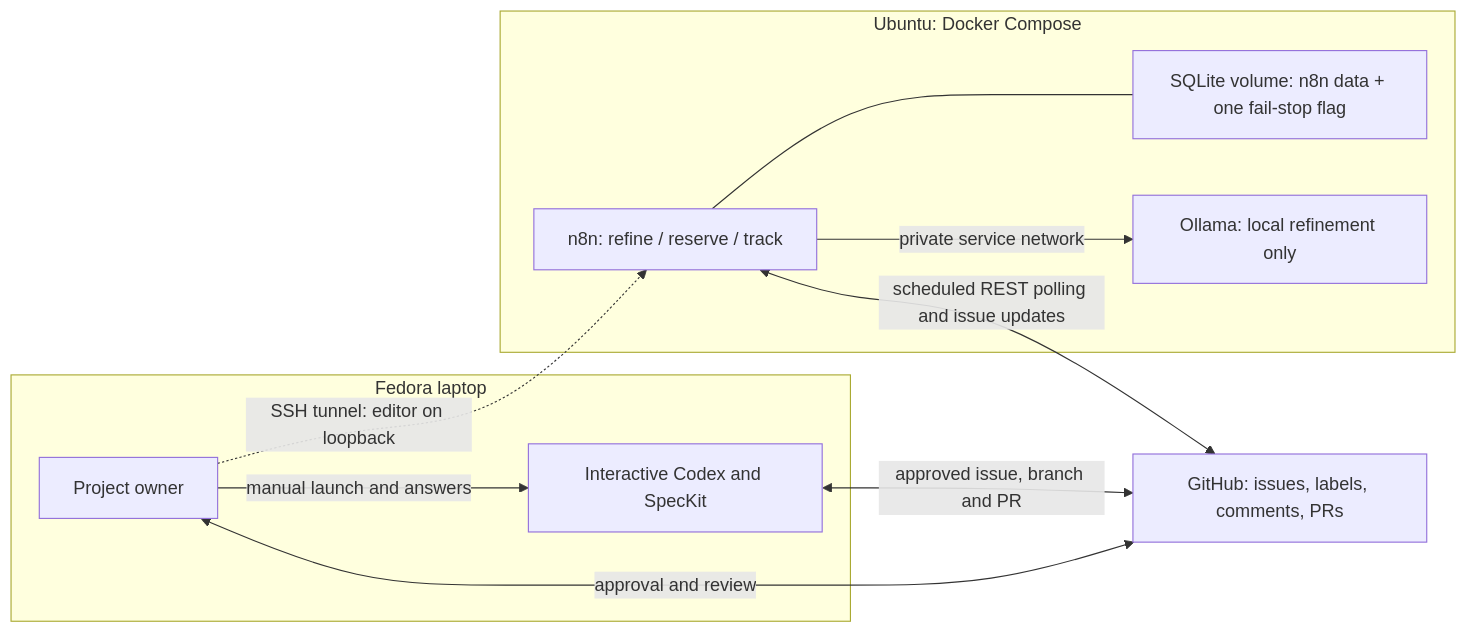
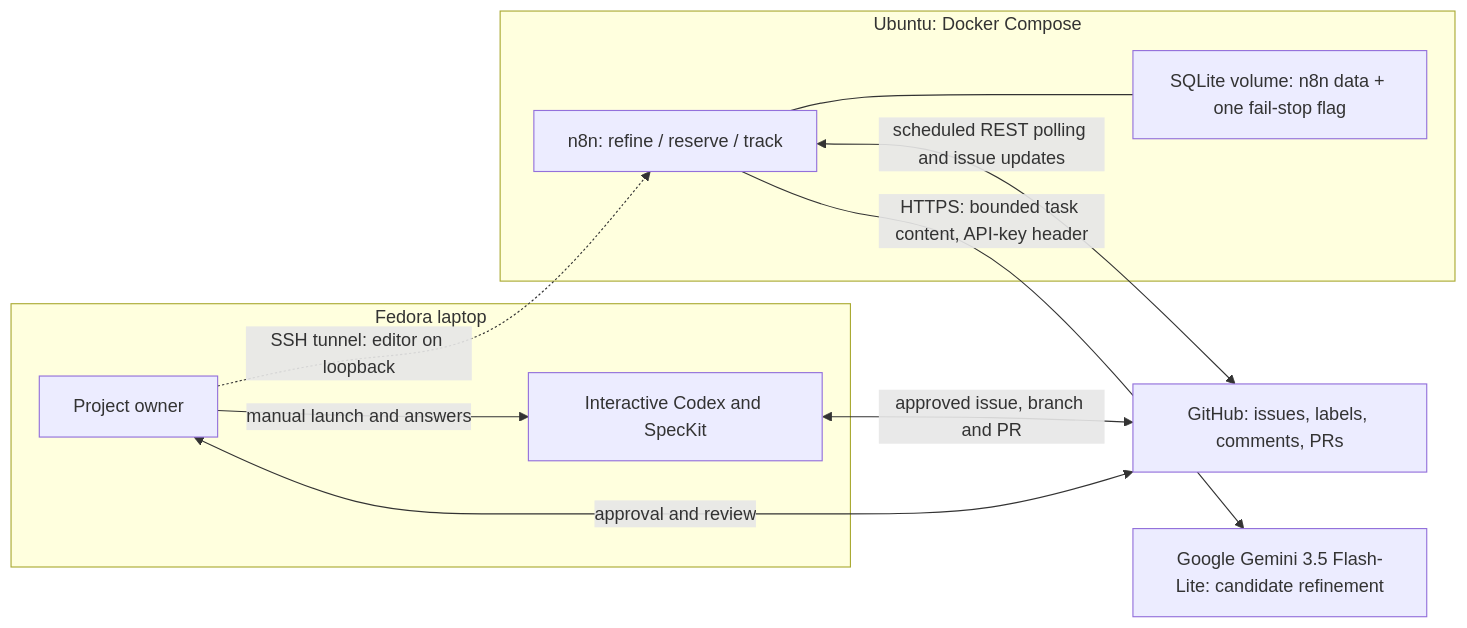
One commit to MBroholm/software-factory changed the diagram in specs/001-basic-a-factory/plan.md. Above: the diagram before and after it, drawn with Mermaid. The commit also changed other lines of this file and 15 other files, not shown here.

Commit message:
feat: adopt Gemini refinement after bounded model evaluation

````diff
--- a/specs/001-basic-a-factory/plan.md
+++ b/specs/001-basic-a-factory/plan.md
@@ -58,20 +64,20 @@
 ```mermaid
 flowchart LR
     subgraph Fedora["Fedora laptop"]
         Human[Project owner]
         Codex[Interactive Codex and SpecKit]
         Human -->|manual launch and answers| Codex
     end
     GH["GitHub: issues, labels, comments, PRs"]
     subgraph Ubuntu["Ubuntu: Docker Compose"]
         N8N["n8n: refine / reserve / track"]
         Persist["SQLite volume: n8n data + one fail-stop flag"]
-        Ollama["Ollama: local refinement only"]
         N8N --- Persist
-        N8N -->|private service network| Ollama
     end
+    Gemini["Google Gemini 3.5 Flash-Lite: candidate refinement"]
+    N8N -->|HTTPS: bounded task content, API-key header| Gemini
     N8N <-->|scheduled REST polling and issue updates| GH
     Codex <-->|approved issue, branch and PR| GH
     Human <-->|approval and review| GH
     Human -.->|SSH tunnel: editor on loopback| N8N
 ```
````
